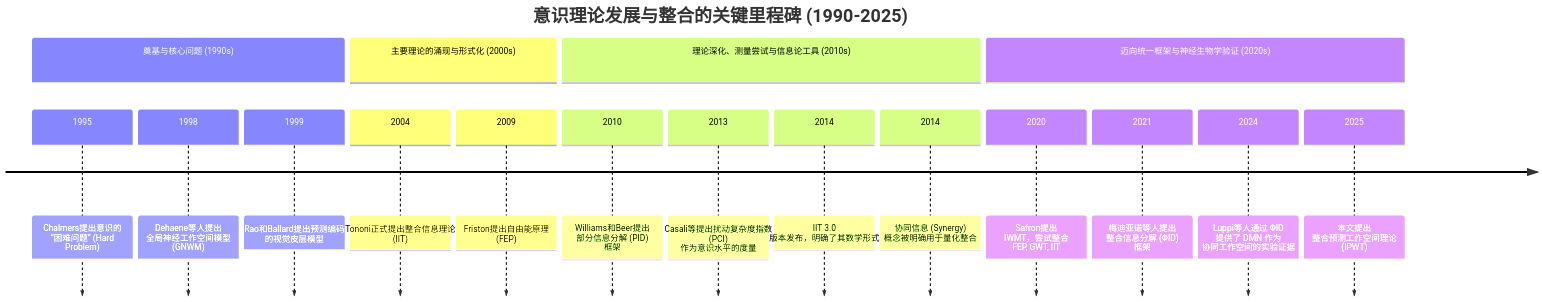
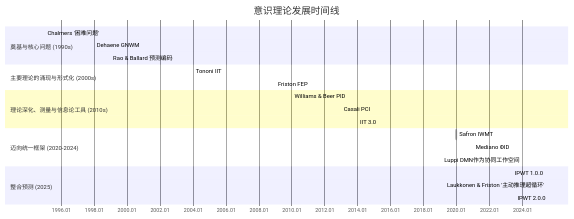
One commit to dmf-archive/IPWT changed the diagram in src/mermaid_timeline.md. Above: the diagram before and after it, drawn with Mermaid. The commit also changed 19 other files, not shown here.

````diff
--- a/src/mermaid_timeline.md
+++ b/src/mermaid_timeline.md
@@ -3,21 +1,30 @@
 ```mermaid
-timeline
-    title 意识理论发展与整合的关键里程碑 (1990-2025)
+gantt
+    title 意识理论发展时间线
+    dateFormat YYYY-MM
+    axisFormat %Y.%m
+  
     section 奠基与核心问题 (1990s)
-        1995 : Chalmers提出意识的<br>“困难问题” (Hard Problem)
-        1998 : Dehaene等人提出<br>全局神经工作空间模型 (GNWM)
-        1999 : Rao和Ballard提出预测编码<br>的视觉皮层模型
+    Chalmers '困难问题'           :done, 1995-01, 2d
+    Dehaene GNWM                   :done, 1998-01, 2d
+    Rao & Ballard 预测编码         :done, 1999-01, 2d
+
     section 主要理论的涌现与形式化 (2000s)
-        2004 : Tononi正式提出整合信息理论 (IIT)
-        2009 : Friston提出自由能原理 (FEP)
-    section 理论深化、测量尝试与信息论工具 (2010s)
-        2010 : Williams和Beer提出<br>部分信息分解 (PID) 框架
-        2013 : Casali等提出扰动复杂度指数 (PCI) 作为意识水平的度量
-        2014 : IIT 3.0 版本发布，明确了其数学形式
-        2014 : 协同信息 (Synergy) 概念被明确用于量化整合
-    section 迈向统一框架与神经生物学验证 (2020s)
-        2020 : Safron提出 IWMT，尝试整合 FEP, GWT, IIT
-        2021 : 梅迪亚诺等人提出<br>整合信息分解 (ΦID) 框架
-        2024 : Luppi等人通过 ΦID 提供了 DMN 作为<br>协同工作空间的实验证据
-        2025 : 本文提出<br>整合预测工作空间理论 (IPWT)
+    Tononi IIT                     :done, 2004-01, 2d
+    Friston FEP                    :done, 2009-01, 2d
+  
+    section 理论深化、测量与信息论工具 (2010s)
+    Williams & Beer PID            :done, 2010-01, 2d
+    Casali PCI                     :done, 2013-01, 2d
+    IIT 3.0                        :done, 2014-01, 2d
+
+    section 迈向统一框架 (2020-2024)
+    Safron IWMT                    :done, 2020-01, 2d
+    Mediano ΦID                    :done, 2021-01, 2d
+    Luppi DMN作为协同工作空间      :done, 2024-01, 2d
+
+    section 整合预测 (2025)
+    IPWT 1.0.0                     :crit, 2025-06, 2d
+    Laukkonen & Friston '主动推理超循环' :crit, 2025-07, 2d
+    IPWT 2.0.0                     :crit, 2025-08, 2d
 ```
````
